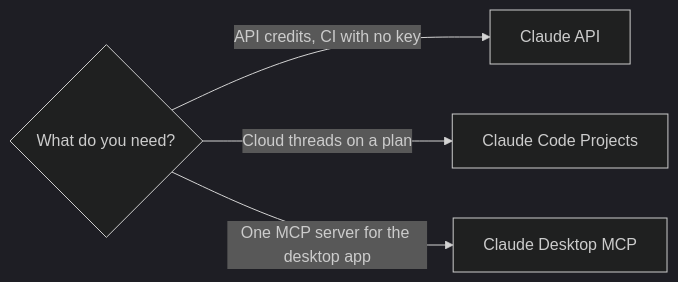
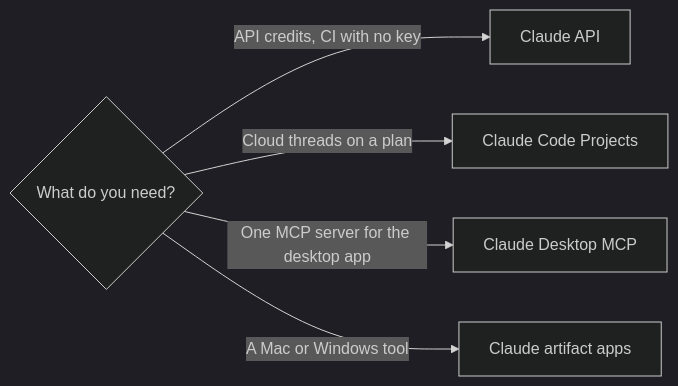
One commit to Colorado-Startups/claudius changed the diagram in templates/claude/guides/README.md. Above: the diagram before and after it, drawn with Mermaid (dark theme). The commit also changed other lines of this file and 3 other files, not shown here.

First line of the commit message:
Guides: a desktop tool as an installable Claude artifact

````diff
--- a/templates/claude/guides/README.md
+++ b/templates/claude/guides/README.md
@@ -5,6 +5,7 @@
 ```mermaid
 flowchart LR
   Q{What do you need?} -->|API credits, CI with no key| A[Claude API]
   Q -->|Cloud threads on a plan| P[Claude Code Projects]
   Q -->|One MCP server for the desktop app| M[Claude Desktop MCP]
+  Q -->|A Mac or Windows tool| T[Claude artifact apps]
 ```
````
